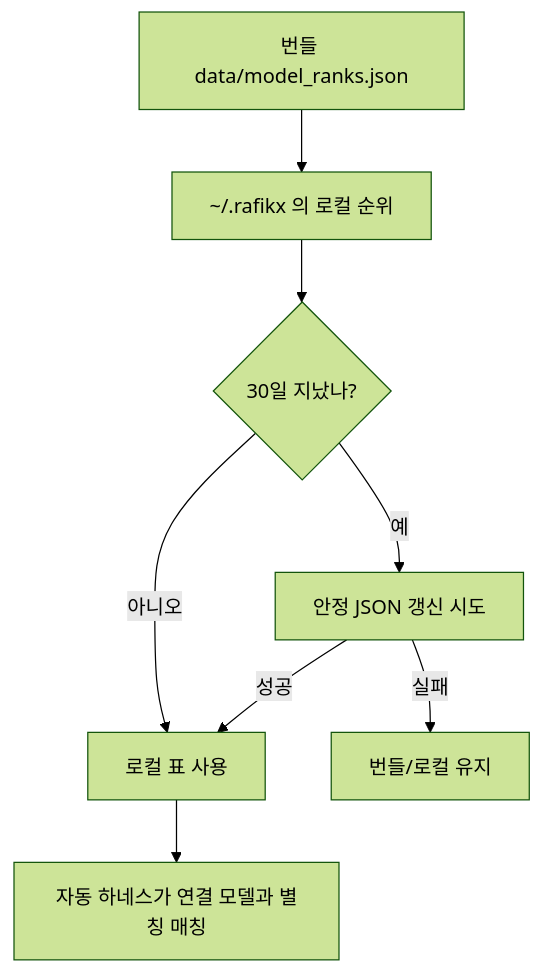
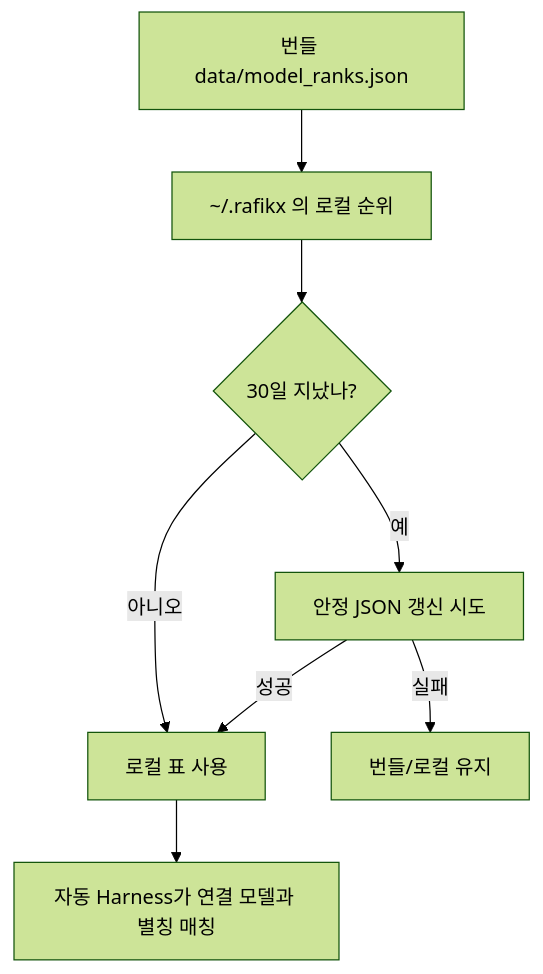
Before and after one commit to AIBeginnerX/RafikX: the eighth of 8 diagrams in RAFIKX_WORKFLOW.md, drawn with Mermaid (forest theme). The commit also changed other lines of this file and 4 other files, not shown here.

````diff
--- a/RAFIKX_WORKFLOW.md
+++ b/RAFIKX_WORKFLOW.md
@@ -269,10 +269,10 @@
 ```mermaid
 flowchart TD
     BUN[번들 data/model_ranks.json] --> HOME["~/.rafikx 의 로컬 순위"]
     HOME --> AGE{30일 지났나?}
     AGE -->|예| FET[안정 JSON 갱신 시도]
     AGE -->|아니오| USE[로컬 표 사용]
     FET -->|실패| KEEP[번들/로컬 유지]
     FET -->|성공| USE
-    USE --> AUTO[자동 하네스가 연결 모델과 별칭 매칭]
+    USE --> AUTO[자동 Harness가 연결 모델과 별칭 매칭]
 ```
````
